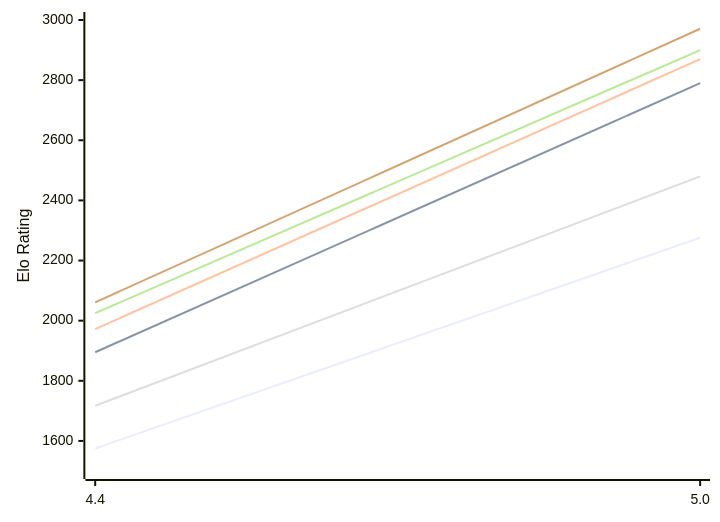
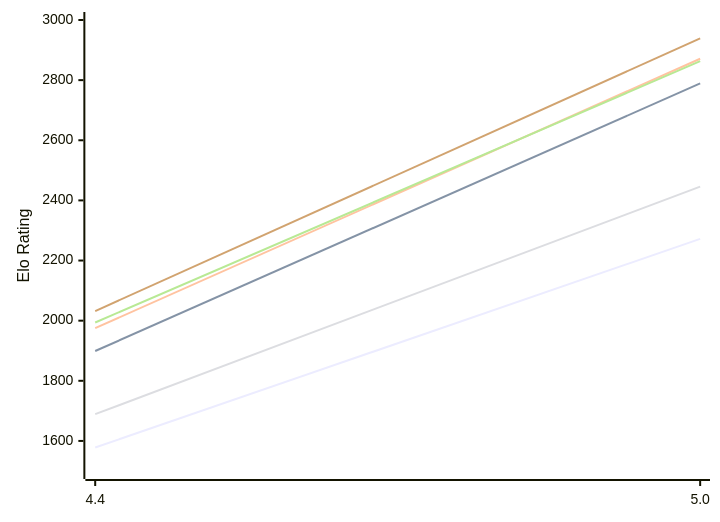
The first of 2 diagrams in engines/Radiance.md (computer-chess-index/cci), drawn with Mermaid before and after one commit. The commit also changed other lines of this file, not shown here.

Commit message:
Update CCI Ratings (ELO VLTC) - 2026-10-23

````diff
--- a/engines/Radiance.md
+++ b/engines/Radiance.md
@@ -51,12 +51,12 @@
 ```mermaid
 %%{init: {"theme":"base","themeVariables":{"seriesColors:['#a3a3a3','#222221','#faa371']}}}%%
 xychart-beta
   x-axis ["4.4", "5.0"]
   y-axis "Elo Rating" 1500 --> 3000
-  line "E1: STC (8.0+0.08s)" [1575, 2276]
-  line "E1: LTC (60.0+0.60s)" [1895, 2790]
-  line "E1: VLTC (2m24s+1.12s)" [1972, 2870]
-  line "P1: STC (8.0+0.08s)" [1717, 2480]
-  line "P1: LTC (60.0+0.60s)" [2025, 2900]
-  line "P1: VLTC (2m24s+1.12s)" [2061, 2971]
+  line "E1: STC (8.0+0.08s)" [1578, 2272]
+  line "E1: LTC (60.0+0.60s)" [1899, 2789]
+  line "E1: VLTC (2m24s+1.12s)" [1975, 2871]
+  line "P1: STC (8.0+0.08s)" [1689, 2446]
+  line "P1: LTC (60.0+0.60s)" [1994, 2863]
+  line "P1: VLTC (2m24s+1.12s)" [2032, 2939]
 ```
````
